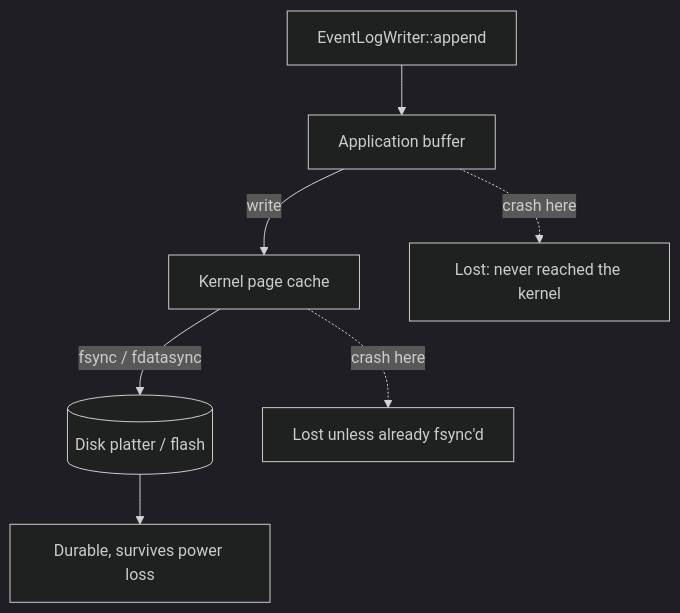
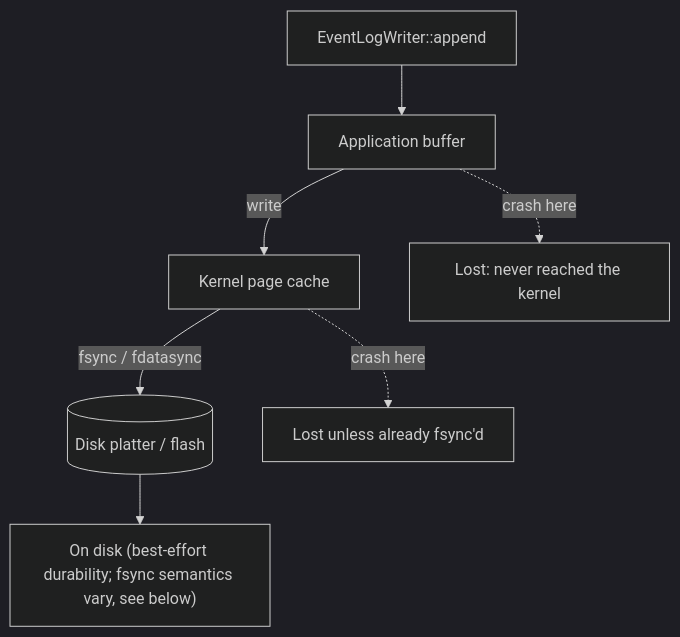
Before and after one commit to div0rce/quant-systems-lab: the diagram in docs/persistence.md, drawn with Mermaid (dark theme). The commit also changed 4 other files, not shown here.

````diff
--- a/docs/persistence.md
+++ b/docs/persistence.md
@@ -17,9 +17,9 @@
 ```mermaid
 flowchart TD
     app["EventLogWriter::append"] --> buf["Application buffer"]
     buf -->|write| pc["Kernel page cache"]
     pc -->|"fsync / fdatasync"| disk[("Disk platter / flash")]
     buf -.->|"crash here"| l1["Lost: never reached the kernel"]
     pc -.->|"crash here"| l2["Lost unless already fsync'd"]
-    disk --> dur["Durable, survives power loss"]
+    disk --> dur["On disk (best-effort durability; fsync semantics vary, see below)"]
 ```
````
